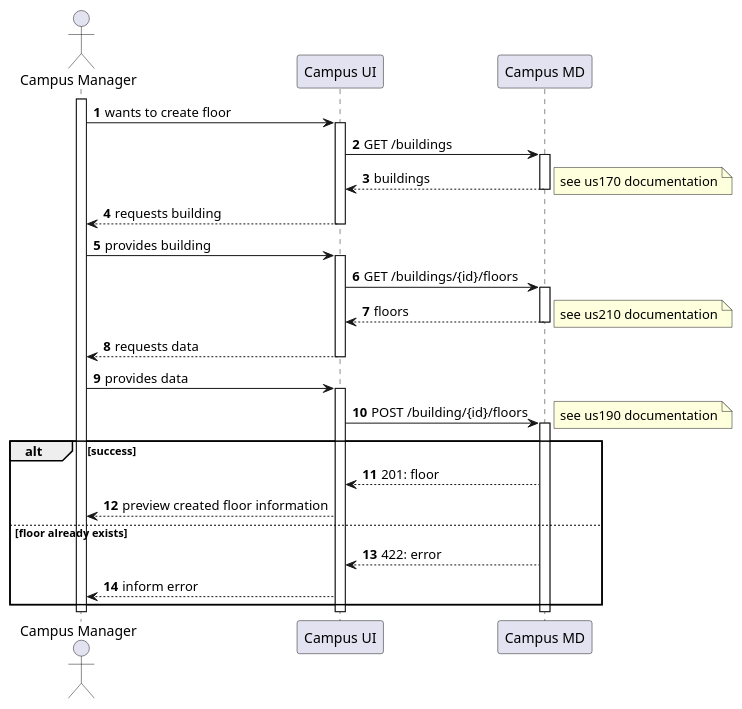
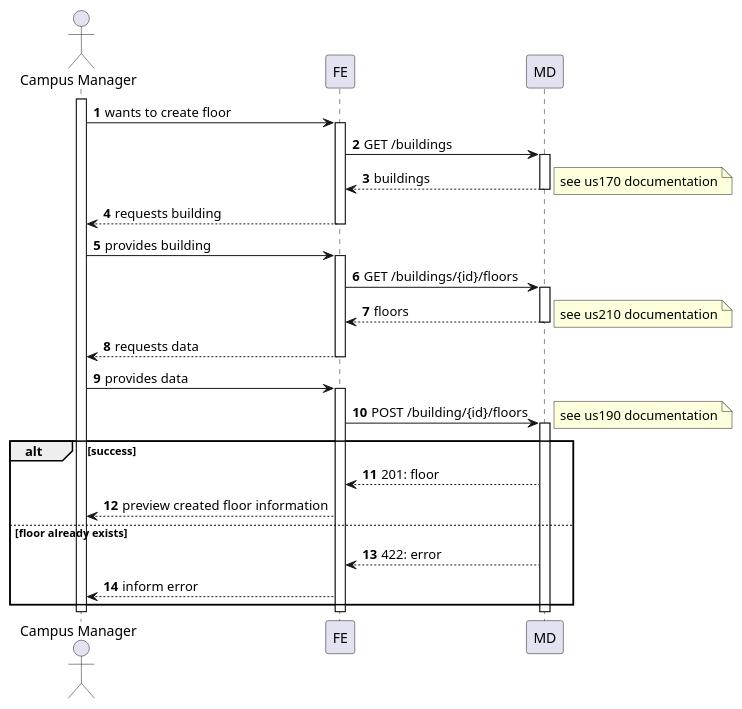
Before and after one commit to Departamento-de-Engenharia-Informatica/lapr5-23-24-g19: the diagram in docs/us1090/level2/process-view.puml, drawn with PlantUML. The commit also changed 1 other file, not shown here.

```diff
--- a/docs/us1090/level2/process-view.puml
+++ b/docs/us1090/level2/process-view.puml
@@ -1,48 +1,47 @@
 @startuml
 autonumber
 
 actor "Campus Manager" as usr
 
-participant "Campus UI" as ui
+participant "FE" as ui
 
-'TODO: call it just 'ui'?
-participant "Campus MD" as md
+participant "MD" as md
 
 activate usr
 usr -> ui : wants to create floor
     activate ui
         ui -> md : GET /buildings
         activate md
             md --> ui : buildings
             note right : see us170 documentation
         deactivate md
         ui --> usr : requests building
     deactivate ui
 
     usr -> ui : provides building
     activate ui
         ui -> md : GET /buildings/{id}/floors
         activate md
             md --> ui : floors
             note right : see us210 documentation
         deactivate md
         ui --> usr : requests data
     deactivate ui
 
     usr -> ui : provides data
     activate ui
         ui -> md : POST /building/{id}/floors
         activate md
         note right : see us190 documentation
             alt success
                 md --> ui : 201: floor
                 ui --> usr : preview created floor information
             else floor already exists
                 md --> ui : 422: error
                 ui --> usr : inform error
             end
         deactivate md
     deactivate ui
 deactivate usr
 
 @enduml
```
